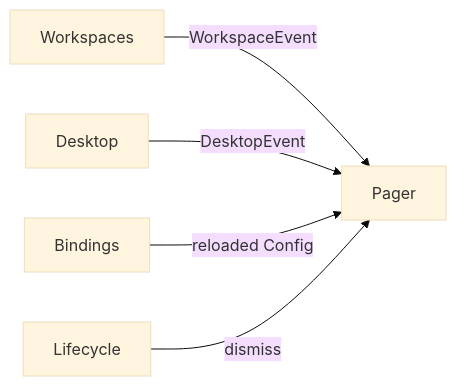
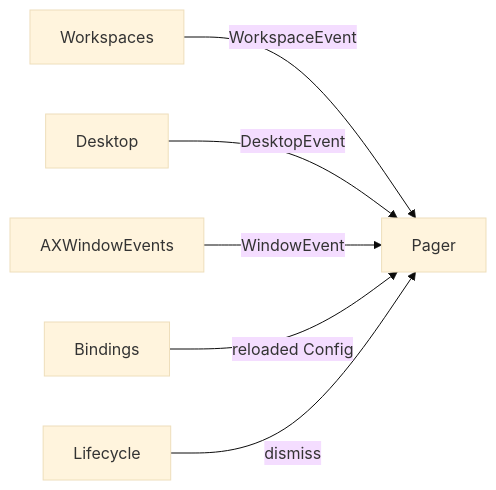
Before and after one commit to brennovich/ottowm: the eighth of 22 diagrams in ARCHITECTURE.md, drawn with Mermaid (base theme). The commit also changed other lines of this file and 16 other files, not shown here.

First line of the commit message:
Retract the pager tab while a window overlaps it

````diff
--- a/ARCHITECTURE.md
+++ b/ARCHITECTURE.md
@@ -157,7 +158,8 @@
 ```mermaid
 flowchart LR
     Workspaces -->|WorkspaceEvent| Pager
     Desktop -->|DesktopEvent| Pager
+    AXWindowEvents -->|WindowEvent| Pager
     Bindings -->|reloaded Config| Pager
     Lifecycle -->|dismiss| Pager
 ```
````
